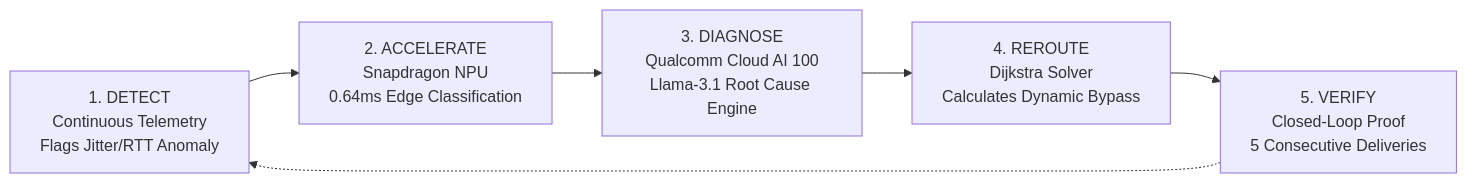
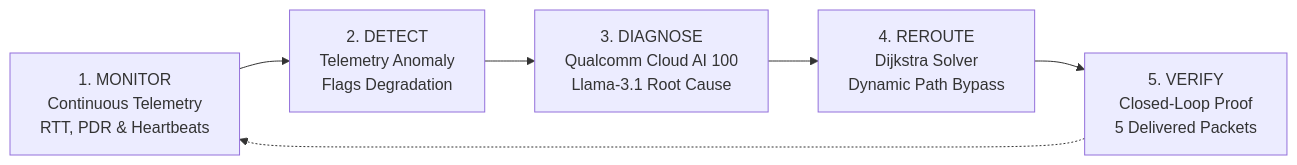
One commit to Reya-Doshi/Nexus changed the second of 2 diagrams in README.md. Above: the diagram before and after it, drawn with Mermaid. The commit also changed other lines of this file and 6 other files, not shown here.

````diff
--- a/README.md
+++ b/README.md
@@ -92,10 +64,10 @@
 ```mermaid
 flowchart LR
-    S1["1. DETECT<br/>Continuous Telemetry<br/>Flags Jitter/RTT Anomaly"]
-    S2["2. ACCELERATE<br/>Snapdragon NPU<br/>0.64ms Edge Classification"]
-    S3["3. DIAGNOSE<br/>Qualcomm Cloud AI 100<br/>Llama-3.1 Root Cause Engine"]
-    S4["4. REROUTE<br/>Dijkstra Solver<br/>Calculates Dynamic Bypass"]
-    S5["5. VERIFY<br/>Closed-Loop Proof<br/>5 Consecutive Deliveries"]
+    S1["1. MONITOR<br/>Continuous Telemetry<br/>RTT, PDR & Heartbeats"]
+    S2["2. DETECT<br/>Telemetry Anomaly<br/>Flags Degradation"]
+    S3["3. DIAGNOSE<br/>Qualcomm Cloud AI 100<br/>Llama-3.1 Root Cause"]
+    S4["4. REROUTE<br/>Dijkstra Solver<br/>Dynamic Path Bypass"]
+    S5["5. VERIFY<br/>Closed-Loop Proof<br/>5 Delivered Packets"]
 
     S1 --> S2 --> S3 --> S4 --> S5 -.-> S1
 ```
````
